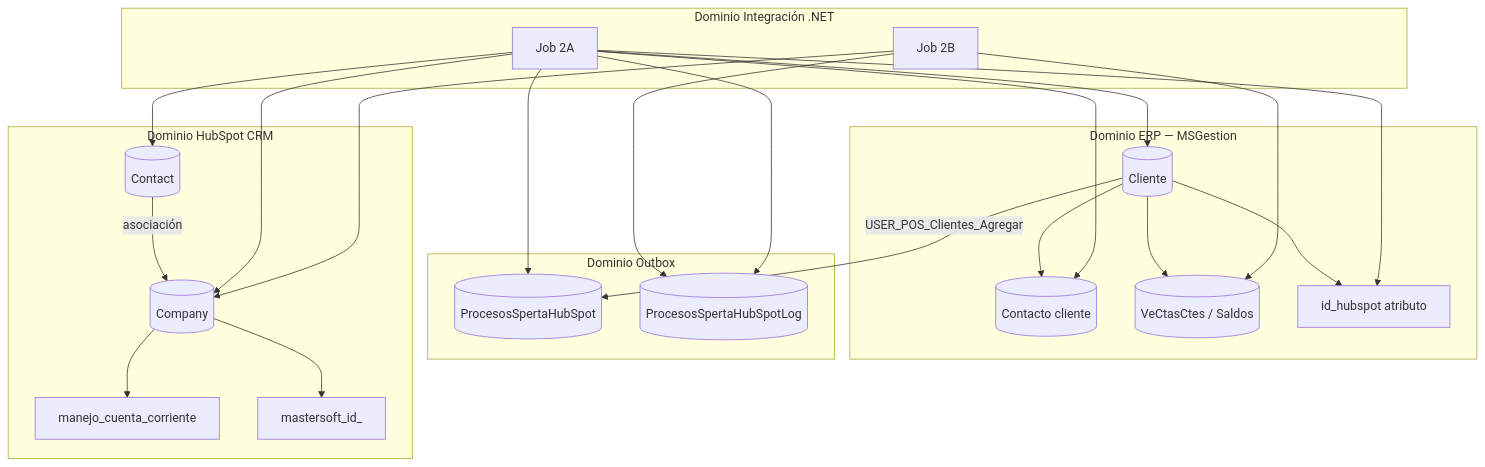
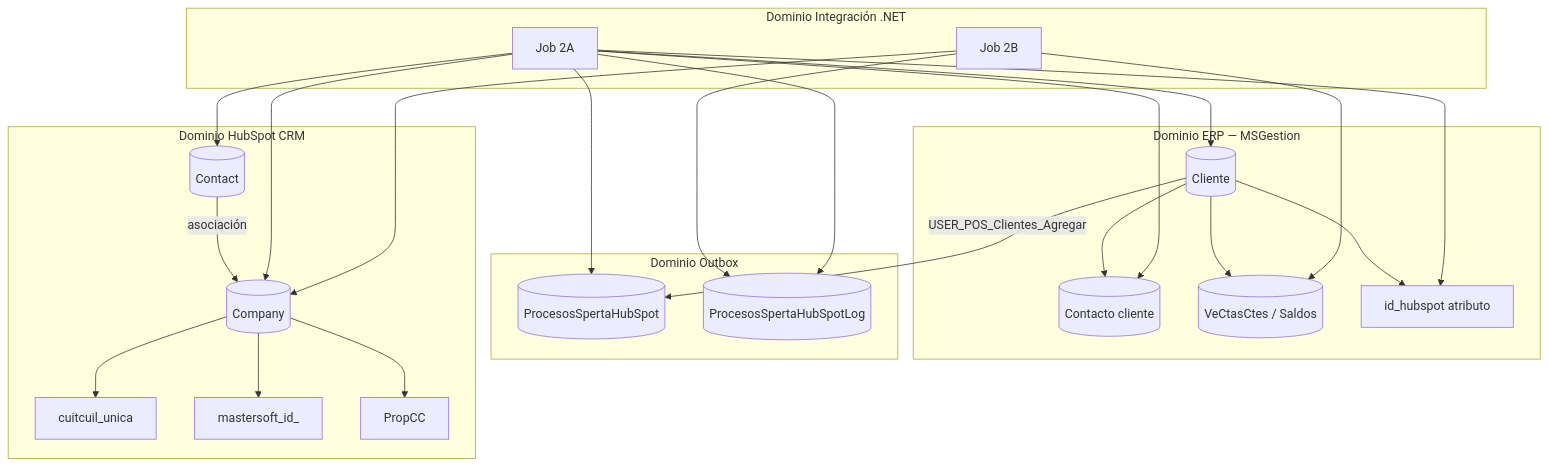
Before and after one commit to AlanLyok/InterfazHubSpot: the diagram in docs/explanation/dominio.md, drawn with Mermaid. The commit also changed other lines of this file and 31 other files, not shown here.

````diff
--- a/docs/explanation/dominio.md
+++ b/docs/explanation/dominio.md
@@ -24,44 +24,45 @@
 ```mermaid
 flowchart TB
   subgraph erp [Dominio ERP — MSGestion]
     Cliente[(Cliente)]
     ContactoERP[(Contacto cliente)]
     Deuda[(VeCtasCtes / Saldos)]
     IdHubSpot[id_hubspot atributo]
     Cliente --> ContactoERP
     Cliente --> Deuda
     Cliente --> IdHubSpot
   end
 
   subgraph outbox [Dominio Outbox]
     Cola[(ProcesosSpertaHubSpot)]
     Log[(ProcesosSpertaHubSpotLog)]
   end
 
   subgraph crm [Dominio HubSpot CRM]
     Company[(Company)]
     ContactHS[(Contact)]
-    PropCC[manejo_cuenta_corriente]
+    PropCuit[cuitcuil_unica]
     PropMS[mastersoft_id_]
     Company --> PropCC
+    Company --> PropCuit
     Company --> PropMS
     ContactHS -->|asociación| Company
   end
 
   subgraph batch [Dominio Integración .NET]
     Job2A[Job 2A]
     Job2B[Job 2B]
   end
 
   Cliente -->|USER_POS_Clientes_Agregar| Cola
   Job2A --> Cola
   Job2A --> Cliente
   Job2A --> ContactoERP
   Job2A --> Company
   Job2A --> ContactHS
   Job2A --> IdHubSpot
   Job2B --> Deuda
   Job2B --> Company
   Job2B --> Log
   Job2A --> Log
 ```
````
